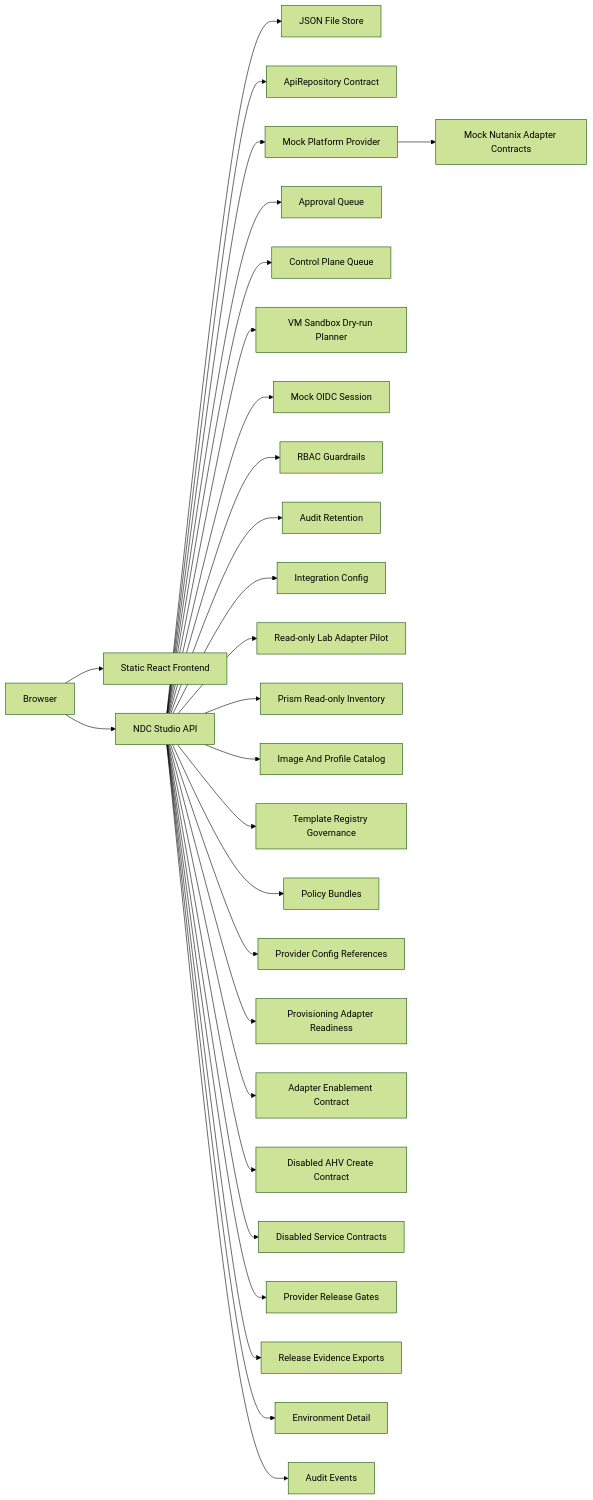
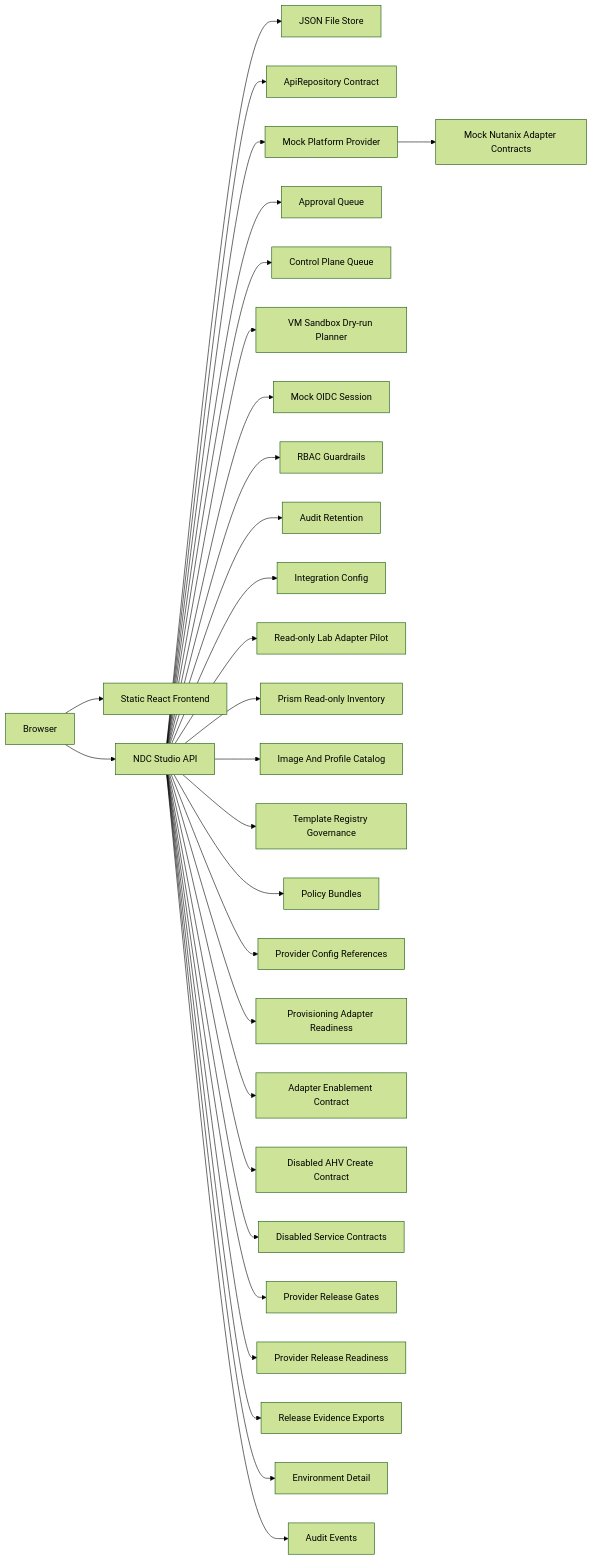
The second of 2 diagrams in docs/architecture.md (VirtuArchitect/nutanix-developer-cloud-studio), drawn with Mermaid (forest theme) before and after one commit. The commit also changed other lines of this file and 21 other files, not shown here.

Commit message:
Add v2.11 provider release dashboard hardening

````diff
--- a/docs/architecture.md
+++ b/docs/architecture.md
@@ -21,30 +21,31 @@
 ```mermaid
 flowchart LR
     Browser["Browser"] --> Web["Static React Frontend"]
     Browser --> Api["NDC Studio API"]
     Api --> Store["JSON File Store"]
     Api --> Repo["ApiRepository Contract"]
     Api --> Provider["Mock Platform Provider"]
     Provider --> Adapters["Mock Nutanix Adapter Contracts"]
     Api --> Approvals["Approval Queue"]
     Api --> Queue["Control Plane Queue"]
     Api --> VmDryRun["VM Sandbox Dry-run Planner"]
     Api --> Identity["Mock OIDC Session"]
     Api --> Rbac["RBAC Guardrails"]
     Api --> AuditRetention["Audit Retention"]
     Api --> Config["Integration Config"]
     Api --> LabAdapters["Read-only Lab Adapter Pilot"]
     Api --> PrismInventory["Prism Read-only Inventory"]
     Api --> Inventory["Image And Profile Catalog"]
     Api --> Registry["Template Registry Governance"]
     Api --> Bundles["Policy Bundles"]
     Api --> ProviderConfig["Provider Config References"]
     Api --> AdapterReadiness["Provisioning Adapter Readiness"]
     Api --> AdapterEnablement["Adapter Enablement Contract"]
     Api --> AhvCreateContract["Disabled AHV Create Contract"]
     Api --> ServiceContracts["Disabled Service Contracts"]
     Api --> ProviderRelease["Provider Release Gates"]
+    Api --> ReleaseDashboard["Provider Release Readiness"]
     Api --> ReleaseEvidence["Release Evidence Exports"]
     Api --> Details["Environment Detail"]
     Api --> Audit["Audit Events"]
 ```
````
